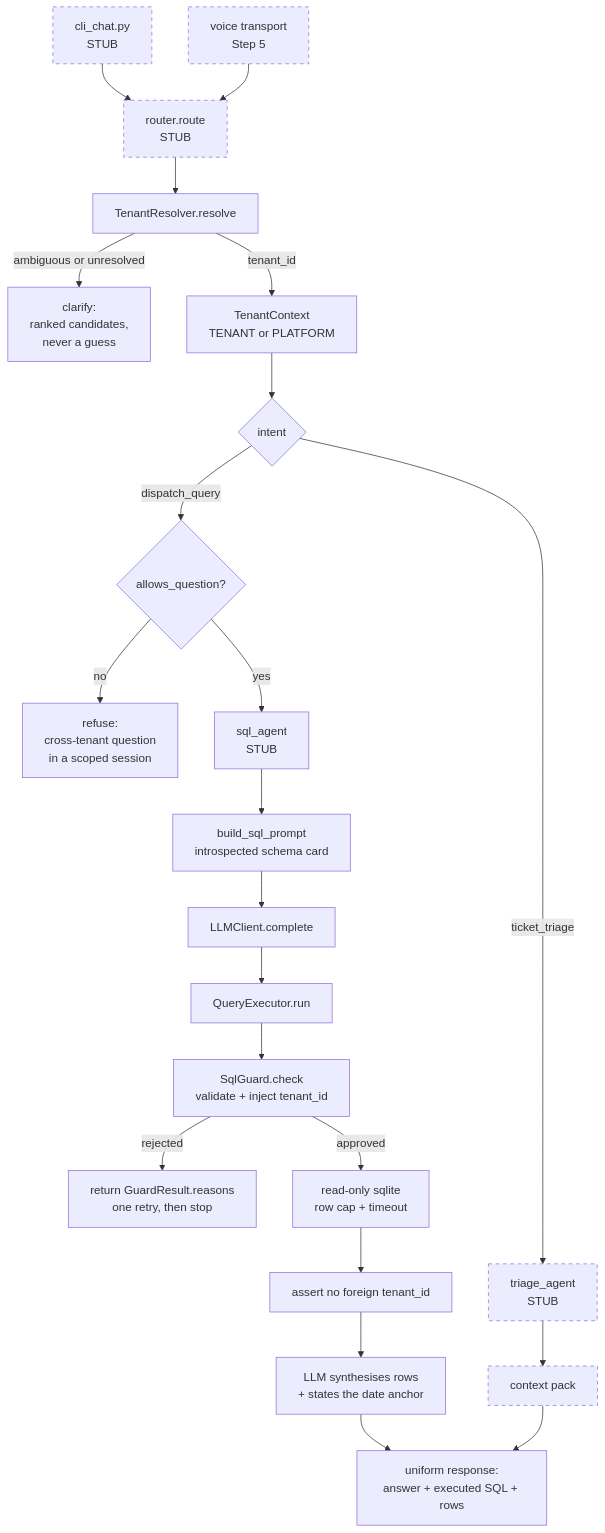
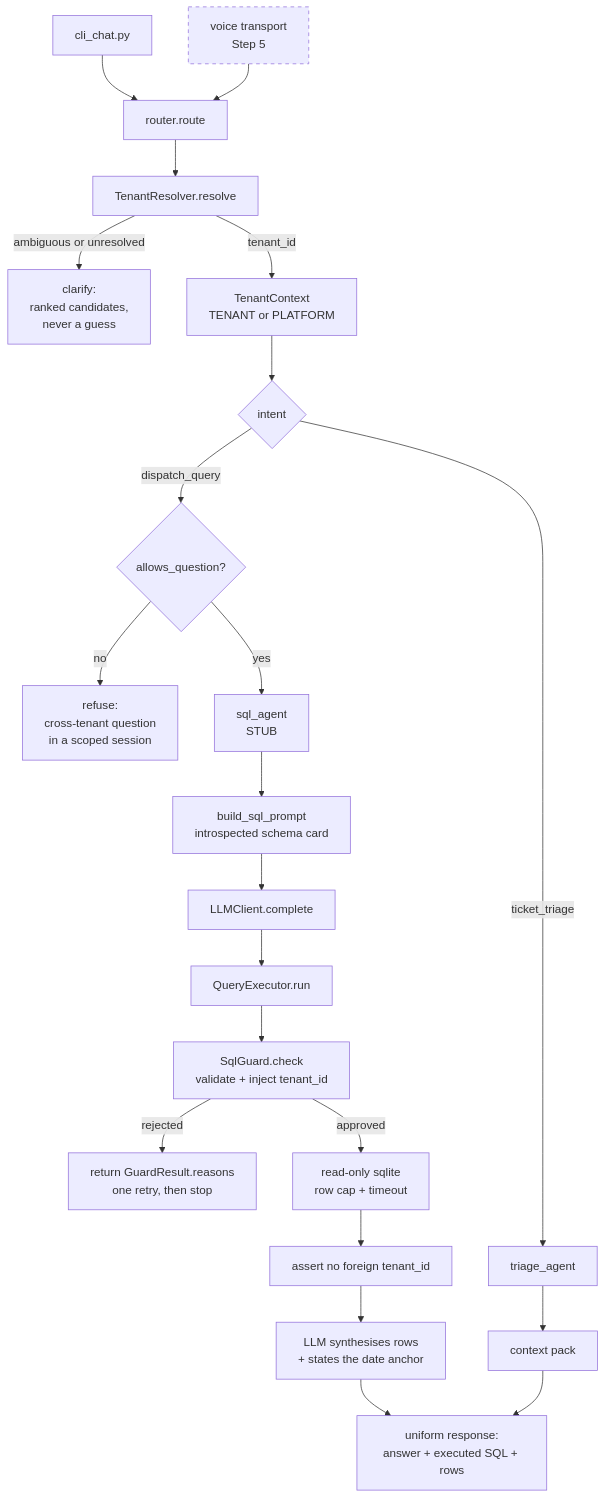
The first of 3 diagrams in DESIGN.md (DevSakar404/fleet-panda), drawn with Mermaid before and after one commit. The commit also changed other lines of this file and 11 other files, not shown here.

````diff
--- a/DESIGN.md
+++ b/DESIGN.md
@@ -18,34 +19,34 @@
 ```mermaid
 graph TD
-    CHAT[cli_chat.py<br/>STUB] --> ROUTE
+    CHAT[cli_chat.py] --> ROUTE
     VOICE[voice transport<br/>Step 5] --> ROUTE
 
-    ROUTE[router.route<br/>STUB] --> RESOLVE
+    ROUTE[router.route] --> RESOLVE
 
     RESOLVE[TenantResolver.resolve] -->|ambiguous or unresolved| CLARIFY[clarify:<br/>ranked candidates,<br/>never a guess]
     RESOLVE -->|tenant_id| CTX[TenantContext<br/>TENANT or PLATFORM]
 
     CTX --> INTENT{intent}
     INTENT -->|dispatch_query| AUTH
     INTENT -->|ticket_triage| TRIAGE
 
     AUTH{allows_question?} -->|no| REFUSE[refuse:<br/>cross-tenant question<br/>in a scoped session]
     AUTH -->|yes| SQLA[sql_agent<br/>STUB]
 
     SQLA --> PROMPT[build_sql_prompt<br/>introspected schema card]
     PROMPT --> LLM1[LLMClient.complete]
     LLM1 --> EXEC
 
     EXEC[QueryExecutor.run] --> GUARD
     GUARD[SqlGuard.check<br/>validate + inject tenant_id] -->|rejected| REASONS[return GuardResult.reasons<br/>one retry, then stop]
     GUARD -->|approved| RUN[read-only sqlite<br/>row cap + timeout]
     RUN --> ASSERT[assert no foreign tenant_id]
     ASSERT --> SYNTH[LLM synthesises rows<br/>+ states the date anchor]
 
-    TRIAGE[triage_agent<br/>STUB] --> PACK
+    TRIAGE[triage_agent] --> PACK
     SYNTH --> OUT[uniform response:<br/>answer + executed SQL + rows]
     PACK[context pack] --> OUT
 
     classDef stub stroke-dasharray:5 5
-    class CHAT,VOICE,ROUTE,TRIAGE,PACK stub
+    class VOICE stub
 ```
````
